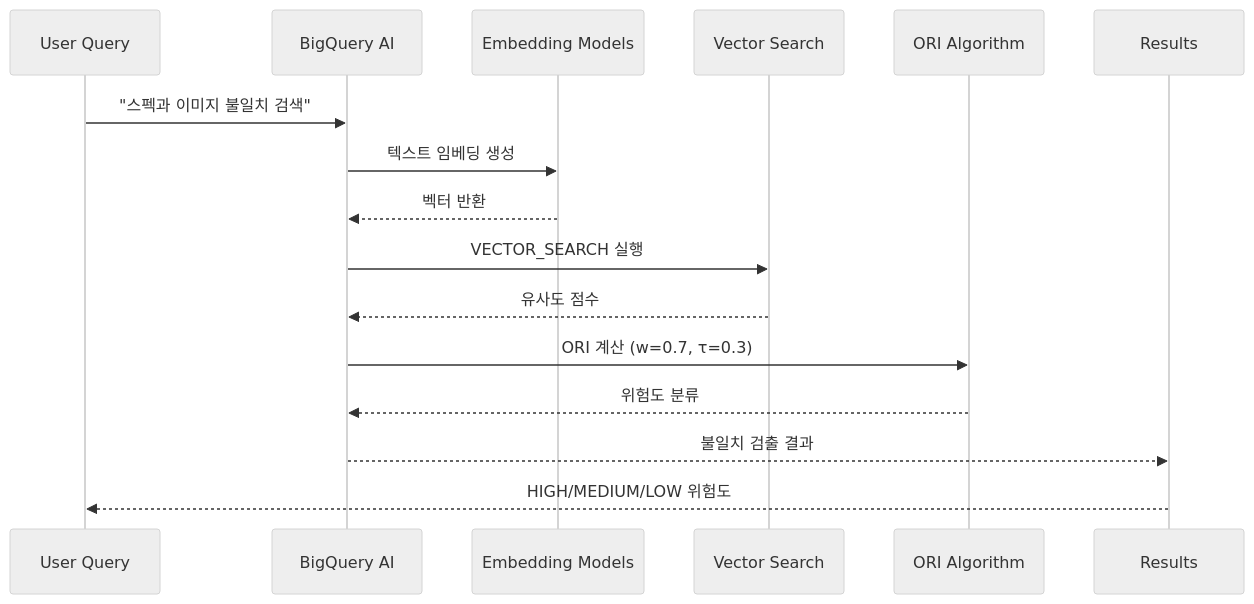
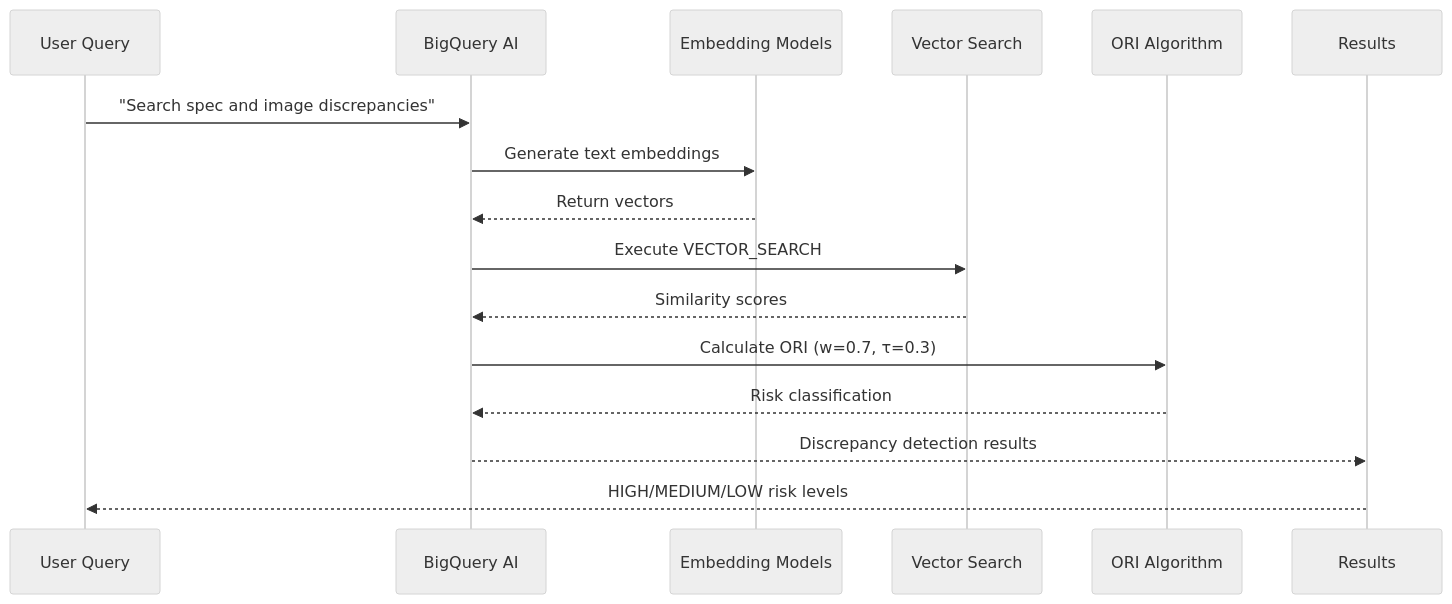
The second of 3 diagrams in docs/ARCHITECTURE.md (tongro2025/Descent-AI), drawn with Mermaid (neutral theme) before and after one commit. The commit also changed other lines of this file and 9 other files, not shown here.

````diff
--- a/docs/ARCHITECTURE.md
+++ b/docs/ARCHITECTURE.md
@@ -84,19 +101,19 @@
 ```mermaid
 sequenceDiagram
     participant U as User Query
     participant BQ as BigQuery AI
     participant E as Embedding Models
     participant V as Vector Search
     participant O as ORI Algorithm
     participant R as Results
     
-    U->>BQ: "스펙과 이미지 불일치 검색"
-    BQ->>E: 텍스트 임베딩 생성
-    E-->>BQ: 벡터 반환
-    BQ->>V: VECTOR_SEARCH 실행
-    V-->>BQ: 유사도 점수
-    BQ->>O: ORI 계산 (w=0.7, τ=0.3)
-    O-->>BQ: 위험도 분류
-    BQ-->>R: 불일치 검출 결과
-    R-->>U: HIGH/MEDIUM/LOW 위험도
+    U->>BQ: "Search spec and image discrepancies"
+    BQ->>E: Generate text embeddings
+    E-->>BQ: Return vectors
+    BQ->>V: Execute VECTOR_SEARCH
+    V-->>BQ: Similarity scores
+    BQ->>O: Calculate ORI (w=0.7, τ=0.3)
+    O-->>BQ: Risk classification
+    BQ-->>R: Discrepancy detection results
+    R-->>U: HIGH/MEDIUM/LOW risk levels
 ```
````
